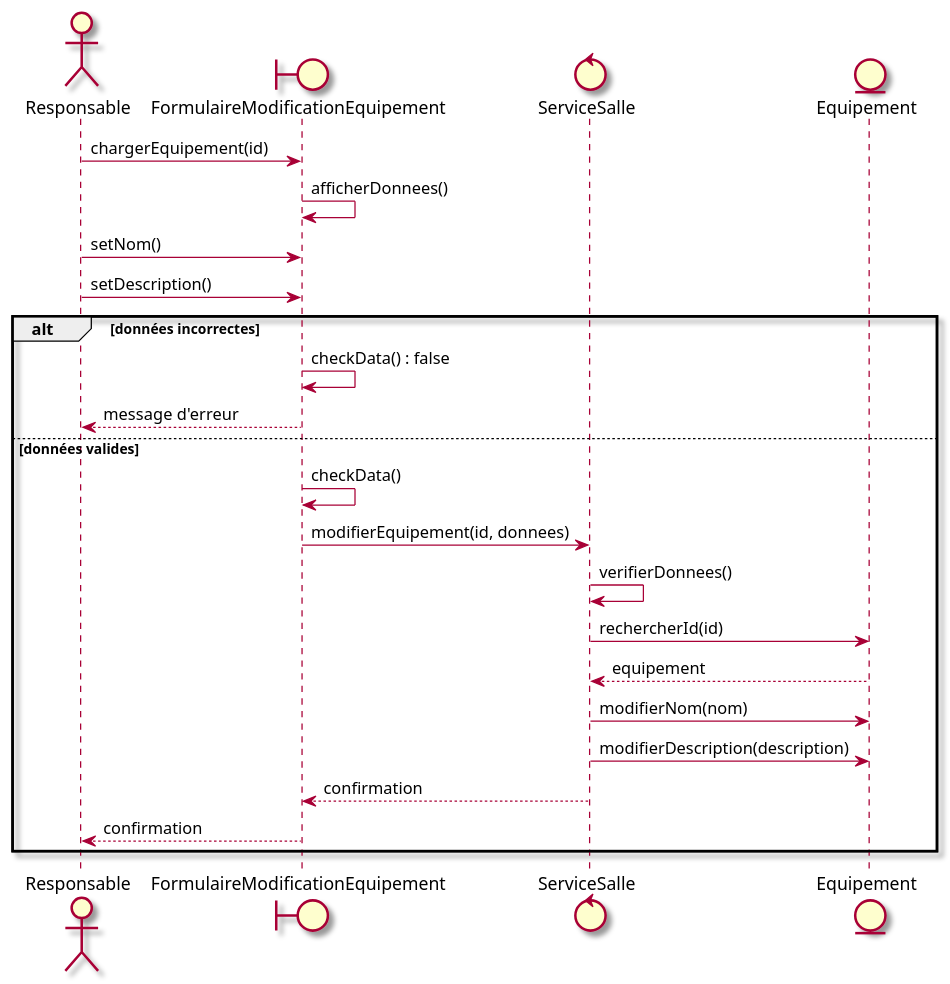
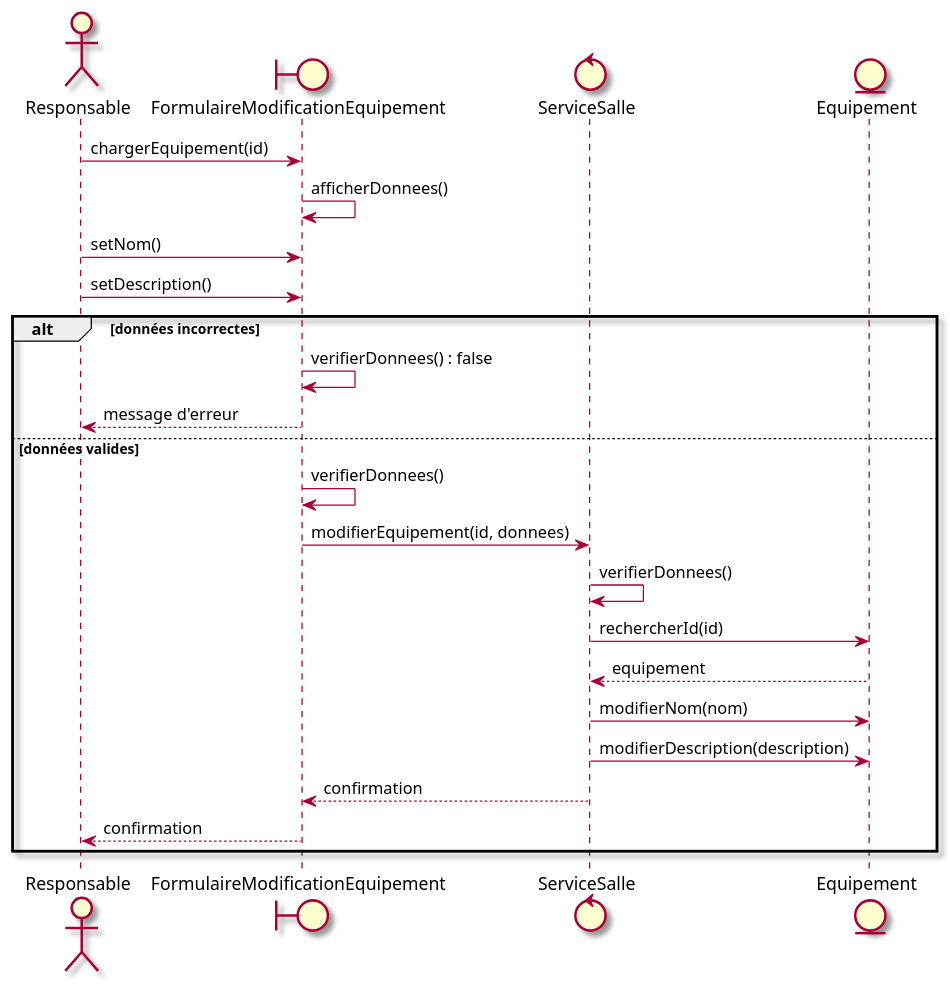
Before and after one commit to mrajaonson/glg204-room-management-system: diagram 27 of 56 in docs/02-Analyse.md, drawn with PlantUML. The commit also changed other lines of this file and 2 other files, not shown here.

````diff
--- a/docs/02-Analyse.md
+++ b/docs/02-Analyse.md
@@ -1008,28 +988,28 @@
 ```plantuml
 @startuml
 skin rose
 actor Responsable as r
 boundary FormulaireModificationEquipement as ui
 control ServiceSalle as svc
 entity Equipement as eq
 
 r -> ui : chargerEquipement(id)
 ui -> ui : afficherDonnees()
 r -> ui : setNom()
 r -> ui : setDescription()
 alt données incorrectes
-  ui -> ui : checkData() : false
+  ui -> ui : verifierDonnees() : false
   ui --> r : message d'erreur
 else données valides
-  ui -> ui : checkData()
+  ui -> ui : verifierDonnees()
   ui -> svc : modifierEquipement(id, donnees)
   svc -> svc : verifierDonnees()
   svc -> eq : rechercherId(id)
   eq --> svc : equipement
   svc -> eq : modifierNom(nom)
   svc -> eq : modifierDescription(description)
   svc --> ui : confirmation
   ui --> r : confirmation
 end
 @enduml
 ```
````
